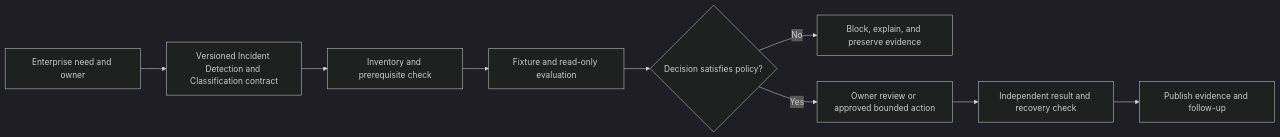
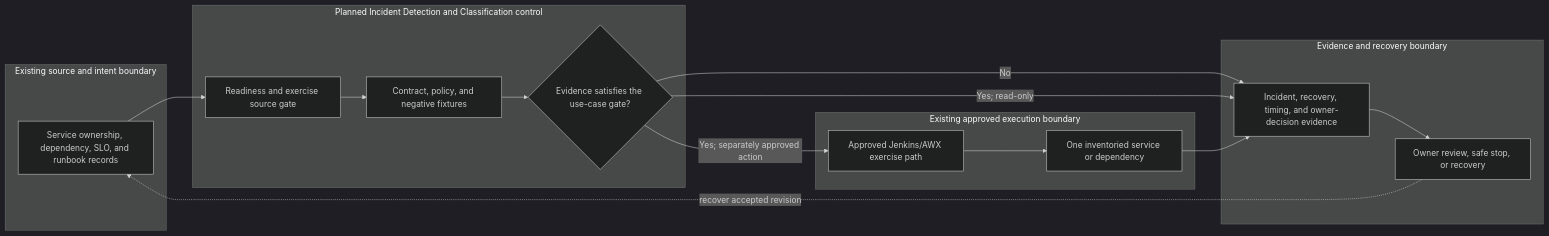
The diagram in docs/use-cases/resilience/UC-RSO-004-incident-detection-and-classification.md (MIDHTECH/enterprise-architecture-docs), drawn with Mermaid (dark theme) before and after one commit. The commit also changed other lines of this file and 227 other files, not shown here.

Commit message:
Deepen architecture for all use case designs

````diff
--- a/docs/use-cases/resilience/UC-RSO-004-incident-detection-and-classification.md
+++ b/docs/use-cases/resilience/UC-RSO-004-incident-detection-and-classification.md
@@ -136,11 +129,25 @@
 ```mermaid
 flowchart LR
-    Need["Enterprise need and owner"] --> Contract["Versioned Incident Detection and Classification contract"]
-    Contract --> Preflight["Inventory and prerequisite check"]
-    Preflight --> Evaluate["Fixture and read-only evaluation"]
-    Evaluate --> Decision{"Decision satisfies policy?"}
-    Decision -->|No| Stop["Block, explain, and preserve evidence"]
-    Decision -->|Yes| Review["Owner review or approved bounded action"]
-    Review --> Verify["Independent result and recovery check"]
-    Verify --> Publish["Publish evidence and follow-up"]
+    subgraph Source["Existing source and intent boundary"]
+        A["Service ownership, dependency, SLO, and runbook records"]
+    end
+    subgraph Planned["Planned Incident Detection and Classification control"]
+        B["Readiness and exercise source gate"]
+        C["Contract, policy, and negative fixtures"]
+        D{"Evidence satisfies the use-case gate?"}
+    end
+    subgraph Runtime["Existing approved execution boundary"]
+        E["Approved Jenkins/AWX exercise path"]
+        F["One inventoried service or dependency"]
+    end
+    subgraph Assurance["Evidence and recovery boundary"]
+        G["Incident, recovery, timing, and owner-decision evidence"]
+        H["Owner review, safe stop, or recovery"]
+    end
+
+    A --> B --> C --> D
+    D -->|No| G --> H
+    D -->|Yes; read-only| G
+    D -->|Yes; separately approved action| E --> F --> G
+    H -. recover accepted revision .-> A
 ```
````
